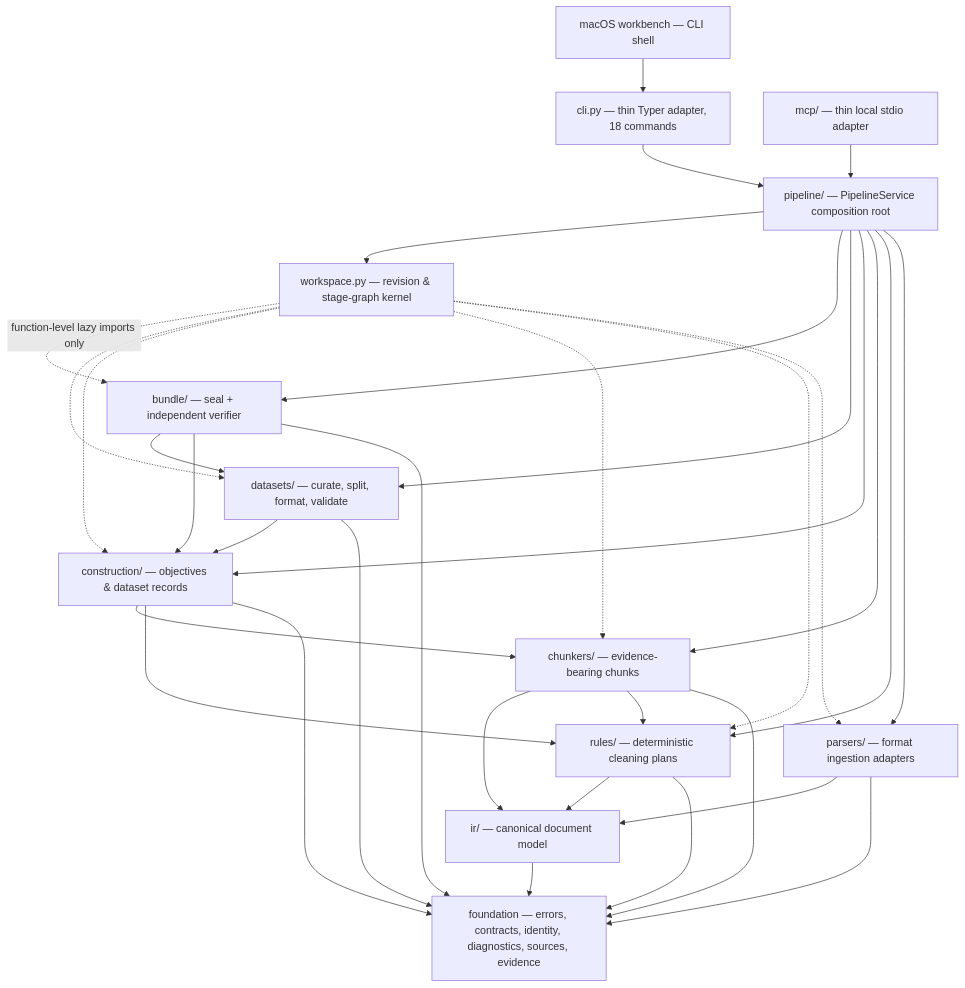
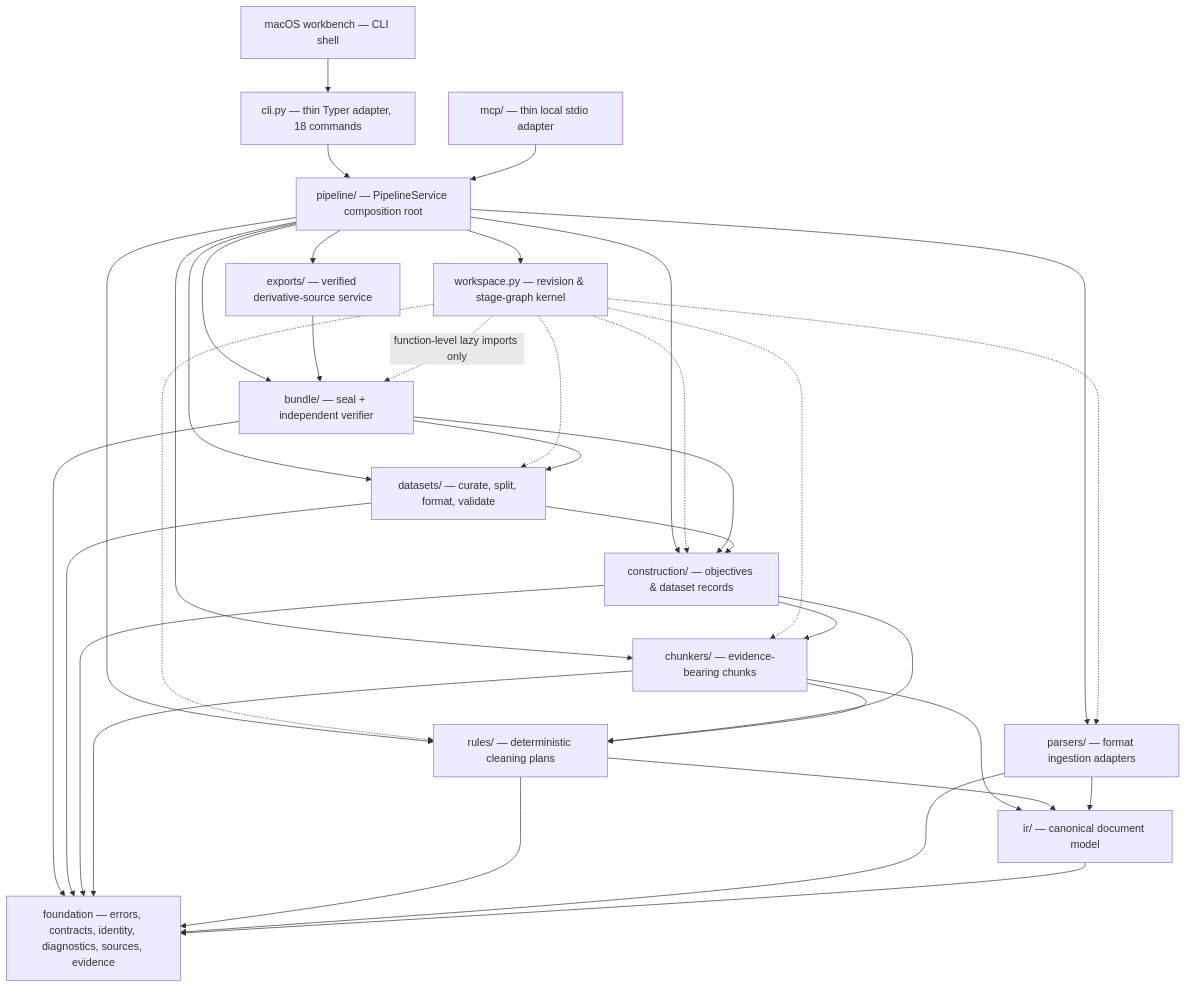
The diagram in docs/architecture/layers.md (ogprotege/Veriformis), drawn with Mermaid before and after one commit. The commit also changed other lines of this file and 33 other files, not shown here.

Commit message:
feat: add verified export service foundation (#43)

````diff
--- a/docs/architecture/layers.md
+++ b/docs/architecture/layers.md
@@ -29,49 +30,52 @@
 ```mermaid
 flowchart TD
     CLI["cli.py — thin Typer adapter, 18 commands"]
     MCP["mcp/ — thin local stdio adapter"]
     MAC["macOS workbench — CLI shell"]
     PIP["pipeline/ — PipelineService composition root"]
+    EXP["exports/ — verified derivative-source service"]
     WS["workspace.py — revision & stage-graph kernel"]
     BUN["bundle/ — seal + independent verifier"]
     DAT["datasets/ — curate, split, format, validate"]
     CON["construction/ — objectives & dataset records"]
     CHK["chunkers/ — evidence-bearing chunks"]
     RUL["rules/ — deterministic cleaning plans"]
     PAR["parsers/ — format ingestion adapters"]
     IR["ir/ — canonical document model"]
     FND["foundation — errors, contracts, identity, diagnostics, sources, evidence"]
 
     CLI --> PIP
     MCP --> PIP
     MAC --> CLI
     PIP --> WS
+    PIP --> EXP
     PIP --> BUN
     PIP --> DAT
     PIP --> CON
     PIP --> CHK
     PIP --> RUL
     PIP --> PAR
+    EXP --> BUN
     WS -. "function-level lazy imports only" .-> BUN
     WS -.-> DAT
     WS -.-> CON
     WS -.-> CHK
     WS -.-> RUL
     WS -.-> PAR
     BUN --> DAT
     BUN --> CON
     DAT --> CON
     CON --> CHK
     CON --> RUL
     CHK --> IR
     CHK --> RUL
     RUL --> IR
     PAR --> IR
     BUN --> FND
     DAT --> FND
     CON --> FND
     CHK --> FND
     RUL --> FND
     PAR --> FND
     IR --> FND
 ```
````
